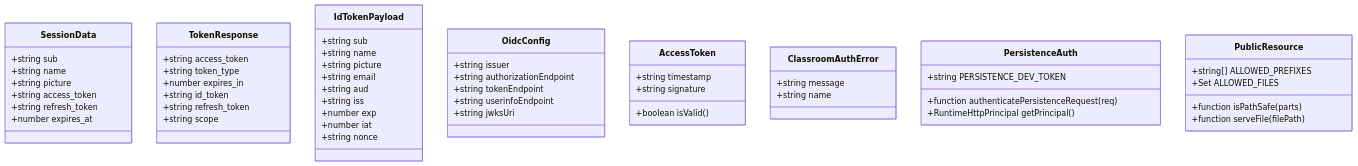
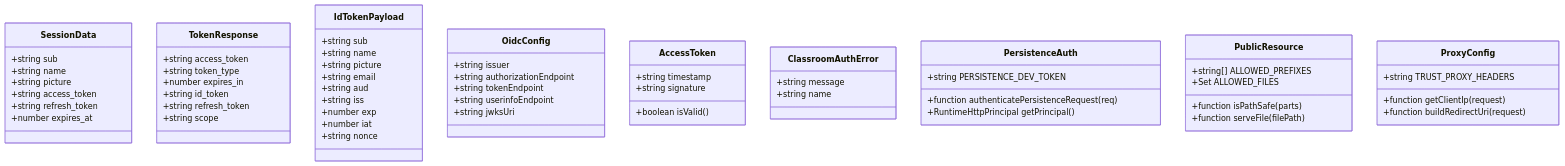
Before and after one commit to huangboheng/OpenMAIC: the third of 10 diagrams in .qoder/repowiki/zh/content/架构设计/后端架构设计/OAuth 2.0 认证系统.md, drawn with Mermaid. The commit also changed other lines of this file and 23 other files, not shown here.

````diff
--- a/.qoder/repowiki/zh/content/架构设计/后端架构设计/OAuth 2.0 认证系统.md
+++ b/.qoder/repowiki/zh/content/架构设计/后端架构设计/OAuth 2.0 认证系统.md
@@ -201,57 +209,62 @@
 ```mermaid
 classDiagram
 class SessionData {
 +string sub
 +string name
 +string picture
 +string access_token
 +string refresh_token
 +number expires_at
 }
 class TokenResponse {
 +string access_token
 +string token_type
 +number expires_in
 +string id_token
 +string refresh_token
 +string scope
 }
 class IdTokenPayload {
 +string sub
 +string name
 +string picture
 +string email
 +string aud
 +string iss
 +number exp
 +number iat
 +string nonce
 }
 class OidcConfig {
 +string issuer
 +string authorizationEndpoint
 +string tokenEndpoint
 +string userinfoEndpoint
 +string jwksUri
 }
 class AccessToken {
 +string timestamp
 +string signature
 +boolean isValid()
 }
 class ClassroomAuthError {
 +string message
 +string name
 }
 class PersistenceAuth {
 +string PERSISTENCE_DEV_TOKEN
 +function authenticatePersistenceRequest(req)
 +RuntimeHttpPrincipal getPrincipal()
 }
 class PublicResource {
 +string[] ALLOWED_PREFIXES
 +Set ALLOWED_FILES
 +function isPathSafe(parts)
 +function serveFile(filePath)
 }
+class ProxyConfig {
++string TRUST_PROXY_HEADERS
++function getClientIp(request)
++function buildRedirectUri(request)
+}
 ```
````
